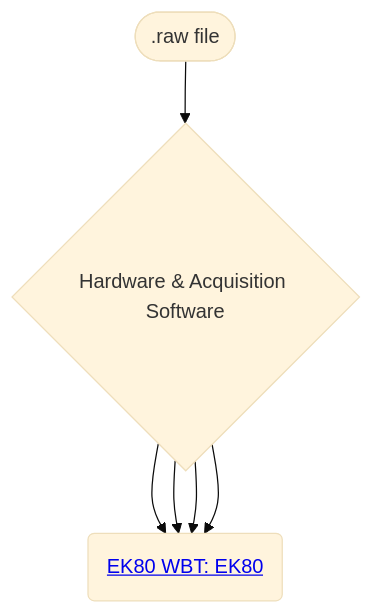
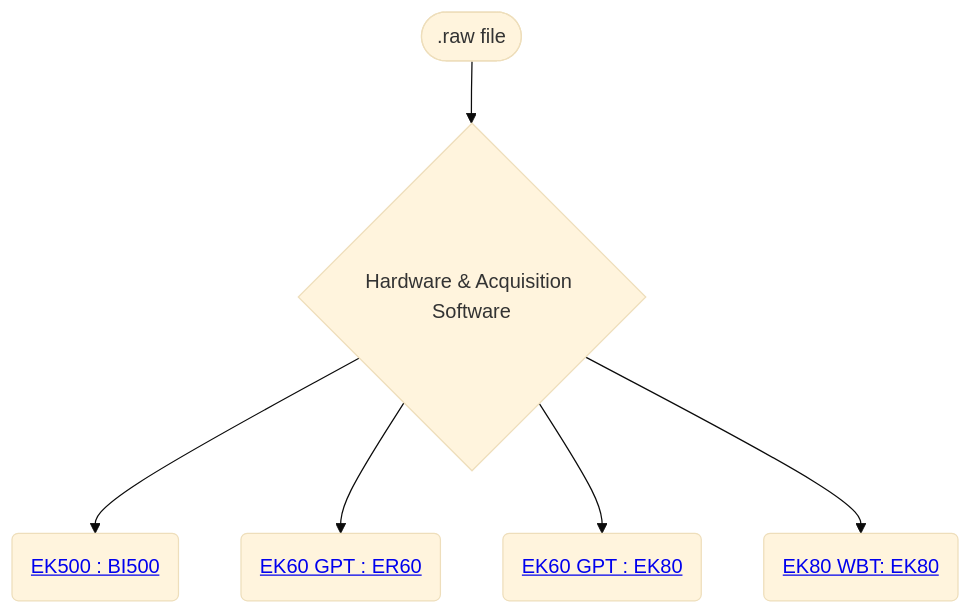
Before and after one commit to jmjech/schematic_test: the diagram in Kongsberg-Simrad/README.md, drawn with Mermaid (base theme). The commit also changed other lines of this file, not shown here.

Commit message:
Updated URLs

````diff
--- a/Kongsberg-Simrad/README.md
+++ b/Kongsberg-Simrad/README.md
@@ -4,8 +4,12 @@
 ```mermaid
 flowchart TD;
     idRF@{ shape: stadium, label: ".raw file" }-->idHAS@{ shape: diamond, label: "Hardware & Acquisition Software" };
+
     idHAS-->idEK500@{ shape: rounded, label: "<a href='https://github.com/jmjech/schematic_test/blob/main/Kongsberg-Simrad/EK500-BI500/README.md'>EK500 : BI500</a>" };
-    idHAS-->idEK500@{ shape: rounded, label: "<a href='https://github.com/jmjech/schematic_test/blob/main/Kongsberg-Simrad/EK500-BI500/README.md'>EK60 GPT : ER60</a>" };
-    idHAS-->idEK500@{ shape: rounded, label: "<a href='https://github.com/jmjech/schematic_test/blob/main/Kongsberg-Simrad/EK500-BI500/README.md'>EK60 GPT : EK80</a>" };
-    idHAS-->idEK500@{ shape: rounded, label: "<a href='https://github.com/jmjech/schematic_test/blob/main/Kongsberg-Simrad/EK500-BI500/README.md'>EK80 WBT: EK80</a>" };
+
+    idHAS-->idEK60ER60@{ shape: rounded, label: "<a href='https://github.com/jmjech/schematic_test/blob/main/Kongsberg-Simrad/EK60-ER60/README.md'>EK60 GPT : ER60</a>" };
+
+    idHAS-->idEK60EK80@{ shape: rounded, label: "<a href='https://github.com/jmjech/schematic_test/blob/main/Kongsberg-Simrad/EK60-EK80/README.md'>EK60 GPT : EK80</a>" };
+
+    idHAS-->idEK80EK80@{ shape: rounded, label: "<a href='https://github.com/jmjech/schematic_test/blob/main/Kongsberg-Simrad/EK80-EK80/README.md'>EK80 WBT: EK80</a>" };
 ```
````
